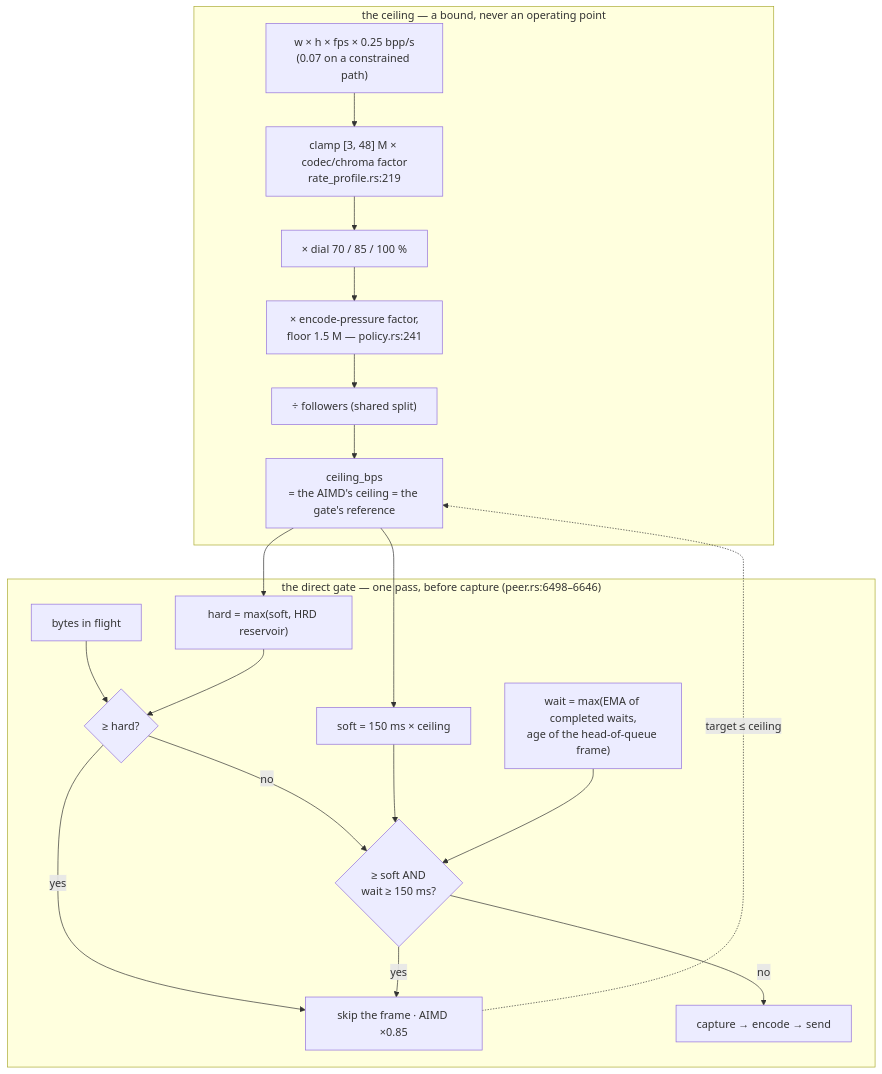
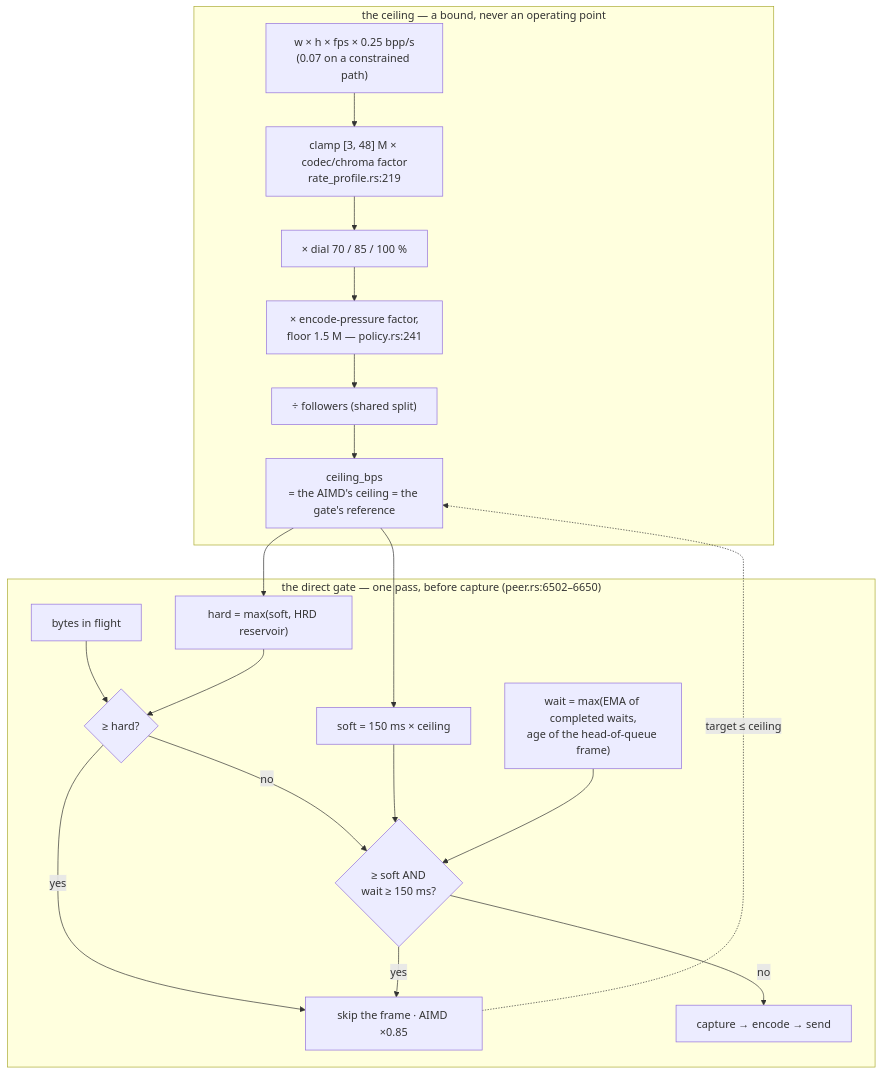
One commit to gjovanov/roomler-ai changed the fifth of 10 diagrams in docs/rate-control.md. Above: the diagram before and after it, drawn with Mermaid. The commit also changed other lines of this file and 36 other files, not shown here.

````diff
--- a/docs/rate-control.md
+++ b/docs/rate-control.md
@@ -755,24 +755,24 @@
 ```mermaid
 flowchart TB
     subgraph ceiling["the ceiling — a bound, never an operating point"]
         G["w × h × fps × 0.25 bpp/s<br/>(0.07 on a constrained path)"] --> C["clamp [3, 48] M × codec/chroma factor<br/>rate_profile.rs:219"]
         C --> D["× dial 70 / 85 / 100 %"]
         D --> E["× encode-pressure factor,<br/>floor 1.5 M — policy.rs:241"]
         E --> S["÷ followers (shared split)"]
         S --> CEIL["ceiling_bps<br/>= the AIMD's ceiling = the gate's reference"]
     end
-    subgraph gate["the direct gate — one pass, before capture (peer.rs:6498–6646)"]
+    subgraph gate["the direct gate — one pass, before capture (peer.rs:6502–6650)"]
         CEIL --> SOFT["soft = 150 ms × ceiling"]
         CEIL --> HARD["hard = max(soft, HRD reservoir)"]
         W["wait = max(EMA of completed waits,<br/>age of the head-of-queue frame)"]
         Q["bytes in flight"] --> H{"≥ hard?"}
         HARD --> H
         H -- yes --> TRIP["skip the frame · AIMD ×0.85"]
         H -- no --> SQ{"≥ soft AND<br/>wait ≥ 150 ms?"}
         SOFT --> SQ
         W --> SQ
         SQ -- yes --> TRIP
         SQ -- no --> PASS["capture → encode → send"]
     end
     TRIP -.->|"target ≤ ceiling"| CEIL
 ```
````
